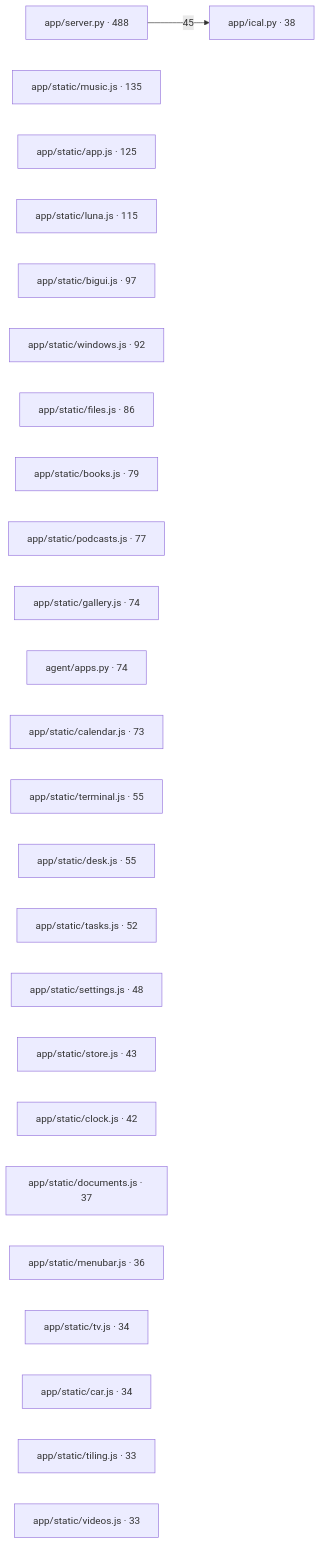
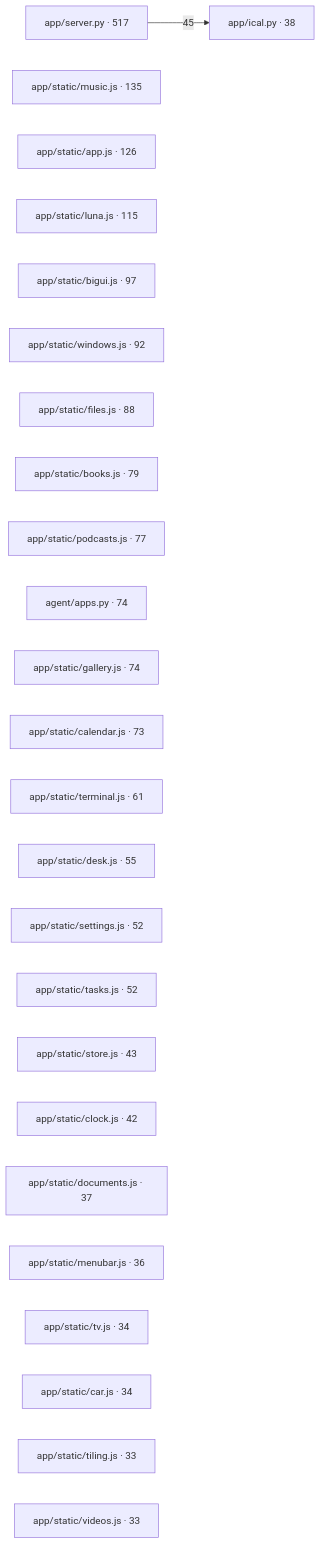
One commit to spaceadler/adlerOS changed the first of 2 diagrams in CODEMAP.md. Above: the diagram before and after it, drawn with Mermaid. The commit also changed other lines of this file, not shown here.

````diff
--- a/CODEMAP.md
+++ b/CODEMAP.md
@@ -11,29 +11,29 @@
 ```mermaid
 flowchart LR
-    n_app_server_py["app/server.py · 488"]
+    n_app_server_py["app/server.py · 517"]
     n_app_static_music_js["app/static/music.js · 135"]
-    n_app_static_app_js["app/static/app.js · 125"]
+    n_app_static_app_js["app/static/app.js · 126"]
     n_app_static_luna_js["app/static/luna.js · 115"]
     n_app_static_bigui_js["app/static/bigui.js · 97"]
     n_app_static_windows_js["app/static/windows.js · 92"]
-    n_app_static_files_js["app/static/files.js · 86"]
+    n_app_static_files_js["app/static/files.js · 88"]
     n_app_static_books_js["app/static/books.js · 79"]
     n_app_static_podcasts_js["app/static/podcasts.js · 77"]
+    n_agent_apps_py["agent/apps.py · 74"]
     n_app_static_gallery_js["app/static/gallery.js · 74"]
-    n_agent_apps_py["agent/apps.py · 74"]
     n_app_static_calendar_js["app/static/calendar.js · 73"]
-    n_app_static_terminal_js["app/static/terminal.js · 55"]
+    n_app_static_terminal_js["app/static/terminal.js · 61"]
     n_app_static_desk_js["app/static/desk.js · 55"]
+    n_app_static_settings_js["app/static/settings.js · 52"]
     n_app_static_tasks_js["app/static/tasks.js · 52"]
-    n_app_static_settings_js["app/static/settings.js · 48"]
     n_app_static_store_js["app/static/store.js · 43"]
     n_app_static_clock_js["app/static/clock.js · 42"]
     n_app_ical_py["app/ical.py · 38"]
     n_app_static_documents_js["app/static/documents.js · 37"]
     n_app_static_menubar_js["app/static/menubar.js · 36"]
     n_app_static_tv_js["app/static/tv.js · 34"]
     n_app_static_car_js["app/static/car.js · 34"]
     n_app_static_tiling_js["app/static/tiling.js · 33"]
     n_app_static_videos_js["app/static/videos.js · 33"]
     n_app_server_py -->|45| n_app_ical_py
 ```
````
